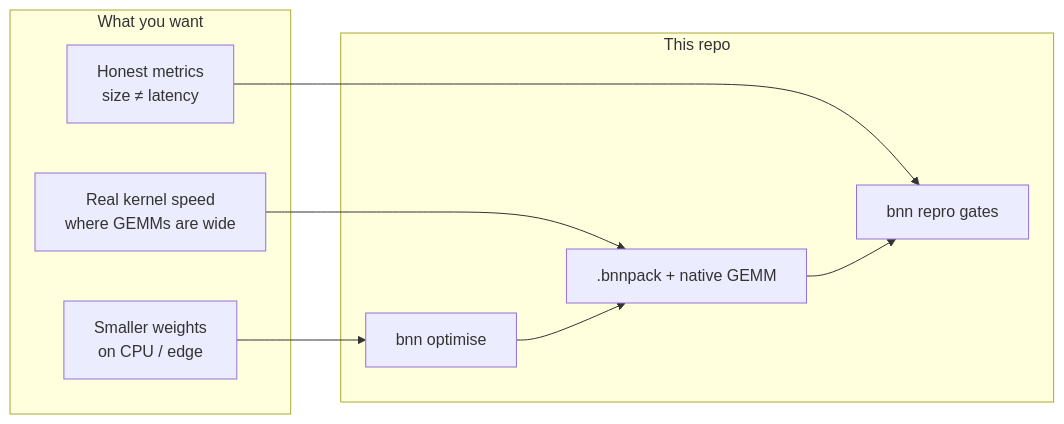
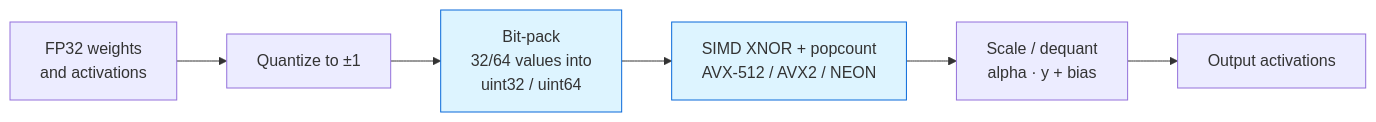
The second of 8 diagrams in README.md (KanakMalpani/Binary-Neural-Networks), drawn with Mermaid before and after one commit. The commit also changed other lines of this file and 16 other files, not shown here.

````diff
--- a/README.md
+++ b/README.md
@@ -57,18 +188,10 @@
 ```mermaid
 flowchart LR
-  subgraph Desire["What you want"]
-    A["Smaller weights<br/>on CPU / edge"]
-    B["Real kernel speed<br/>where GEMMs are wide"]
-    C["Honest metrics<br/>size ≠ latency"]
-  end
-  subgraph Product["This repo"]
-    D["bnn optimise"]
-    E[".bnnpack + native GEMM"]
-    F["bnn repro gates"]
-  end
-  A --> D
-  B --> E
-  C --> F
-  D --> E
-  E --> F
+  FP["FP32 weights<br/>and activations"] --> Q["Quantize to ±1"]
+  Q --> P["Bit-pack<br/>32/64 values into<br/>uint32 / uint64"]
+  P --> X["SIMD XNOR + popcount<br/>AVX-512 / AVX2 / NEON"]
+  X --> S["Scale / dequant<br/>alpha · y + bias"]
+  S --> Y["Output activations"]
+  style P fill:#ddf4ff,stroke:#0969da
+  style X fill:#ddf4ff,stroke:#0969da
 ```
````
